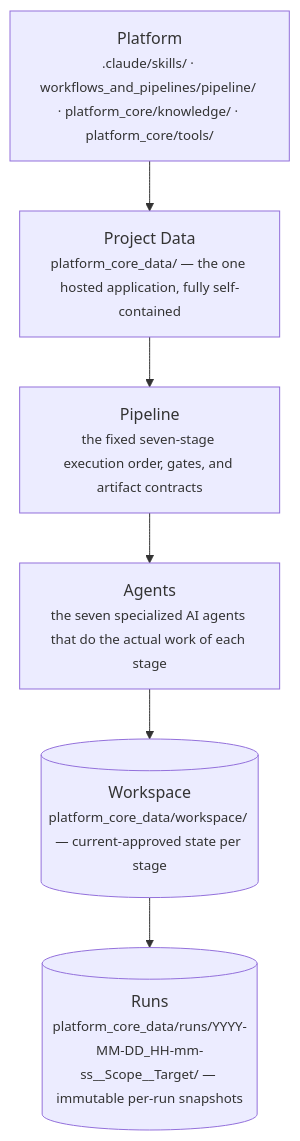
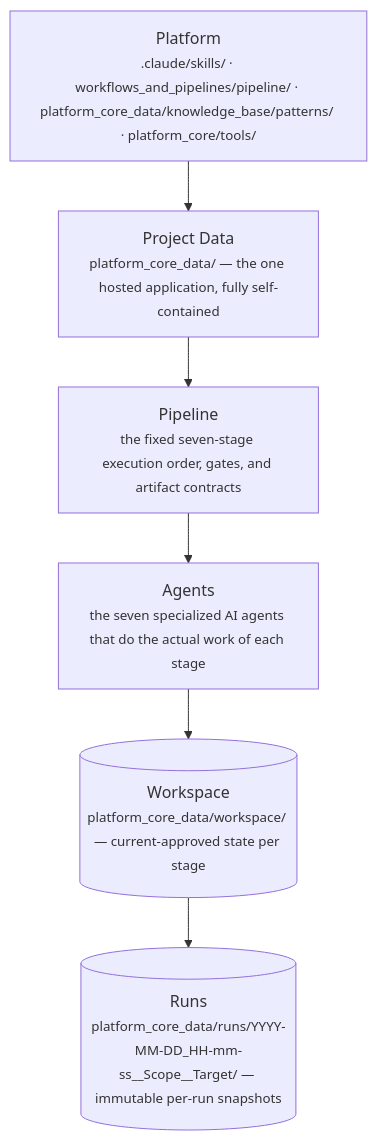
One commit to HusseinAtaHussein1/AISeatMap changed the second of 10 diagrams in README.md. Above: the diagram before and after it, drawn with Mermaid. The commit also changed other lines of this file and 36 other files, not shown here.

````diff
--- a/README.md
+++ b/README.md
@@ -233,11 +234,11 @@
 ```mermaid
 flowchart TD
-    PLAT["Platform<br/><small>.claude/skills/ · workflows_and_pipelines/pipeline/ · platform_core/knowledge/ · platform_core/tools/</small>"]
+    PLAT["Platform<br/><small>.claude/skills/ · workflows_and_pipelines/pipeline/ · platform_core_data/knowledge_base/patterns/ · platform_core/tools/</small>"]
     PROJ["Project Data<br/><small>platform_core_data/ — the one hosted application, fully self-contained</small>"]
     PIPE["Pipeline<br/><small>the fixed seven-stage execution order, gates, and artifact contracts</small>"]
     AGENTS["Agents<br/><small>the seven specialized AI agents that do the actual work of each stage</small>"]
     WORK[("Workspace<br/><small>platform_core_data/workspace/ — current-approved state per stage</small>")]
     RUNS[("Runs<br/><small>platform_core_data/runs/YYYY-MM-DD_HH-mm-ss__Scope__Target/ — immutable per-run snapshots</small>")]
 
     PLAT --> PROJ --> PIPE --> AGENTS --> WORK --> RUNS
 ```
````
